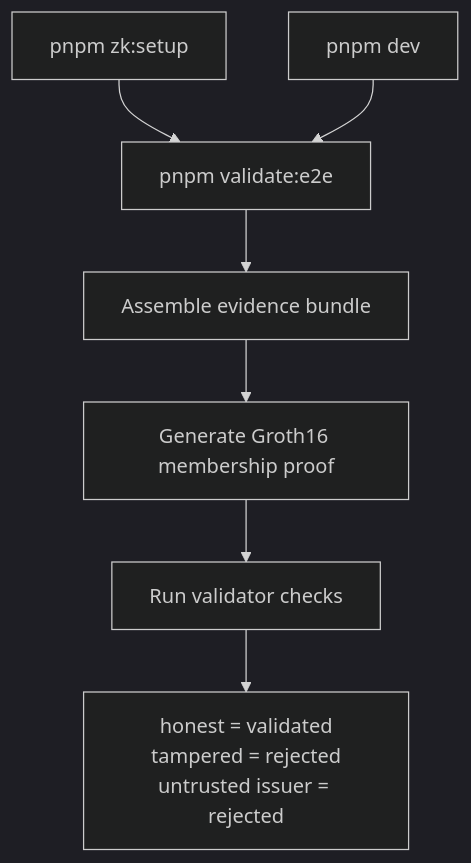
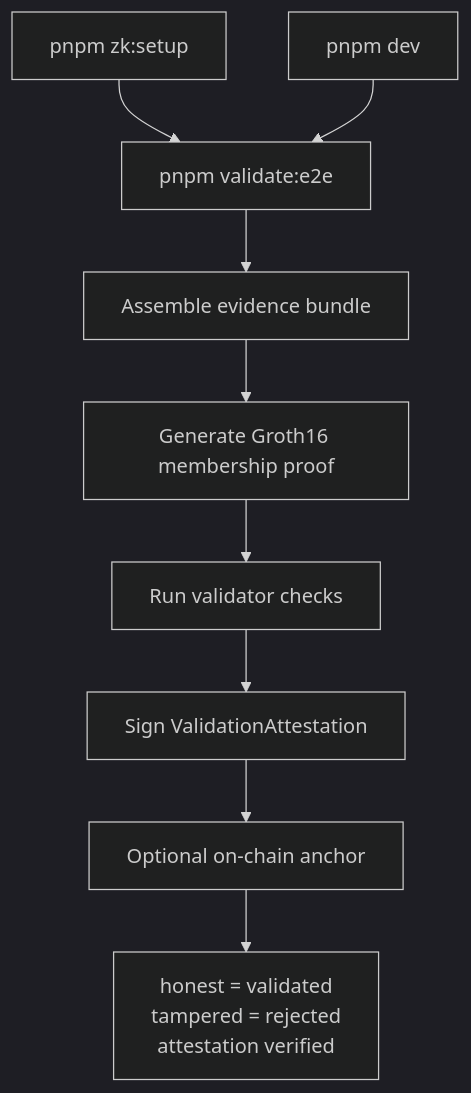
One commit to rpedersen3/verifiable-content-demo changed the fourth of 5 diagrams in documents/operational-architecture.md. Above: the diagram before and after it, drawn with Mermaid (dark theme). The commit also changed other lines of this file and 13 other files, not shown here.

````diff
--- a/documents/operational-architecture.md
+++ b/documents/operational-architecture.md
@@ -105,14 +115,16 @@
 ```mermaid
 flowchart TD
   Setup["pnpm zk:setup"]
   Dev["pnpm dev"]
   E2E["pnpm validate:e2e"]
   Assemble["Assemble evidence bundle"]
   Prove["Generate Groth16 membership proof"]
   Validate["Run validator checks"]
-  Outcomes["honest = validated\ntampered = rejected\nuntrusted issuer = rejected"]
+  Attest["Sign ValidationAttestation"]
+  Anchor["Optional on-chain anchor"]
+  Outcomes["honest = validated\ntampered = rejected\nattestation verified"]
 
   Setup --> E2E
   Dev --> E2E
-  E2E --> Assemble --> Prove --> Validate --> Outcomes
+  E2E --> Assemble --> Prove --> Validate --> Attest --> Anchor --> Outcomes
 ```
````
